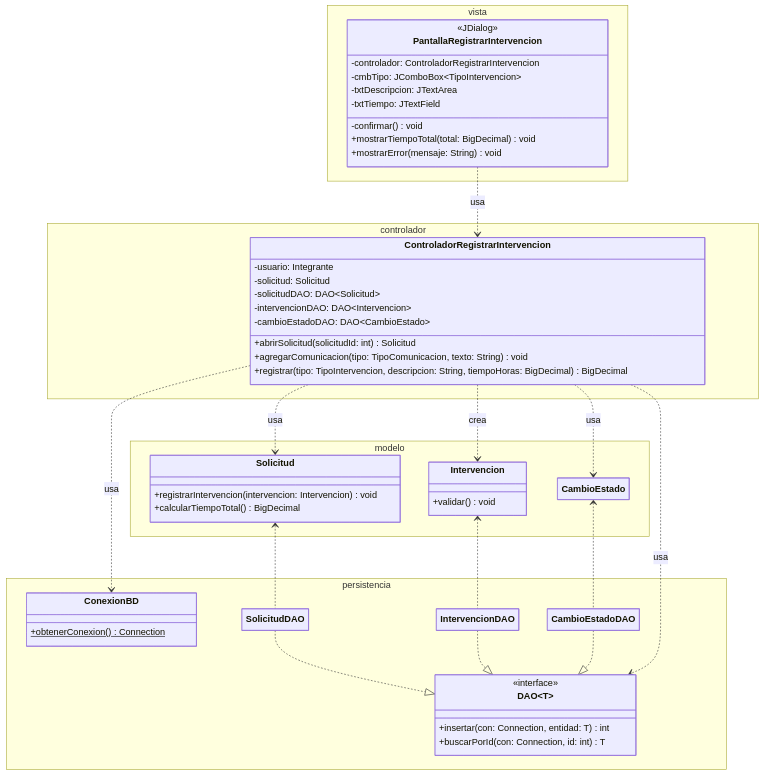
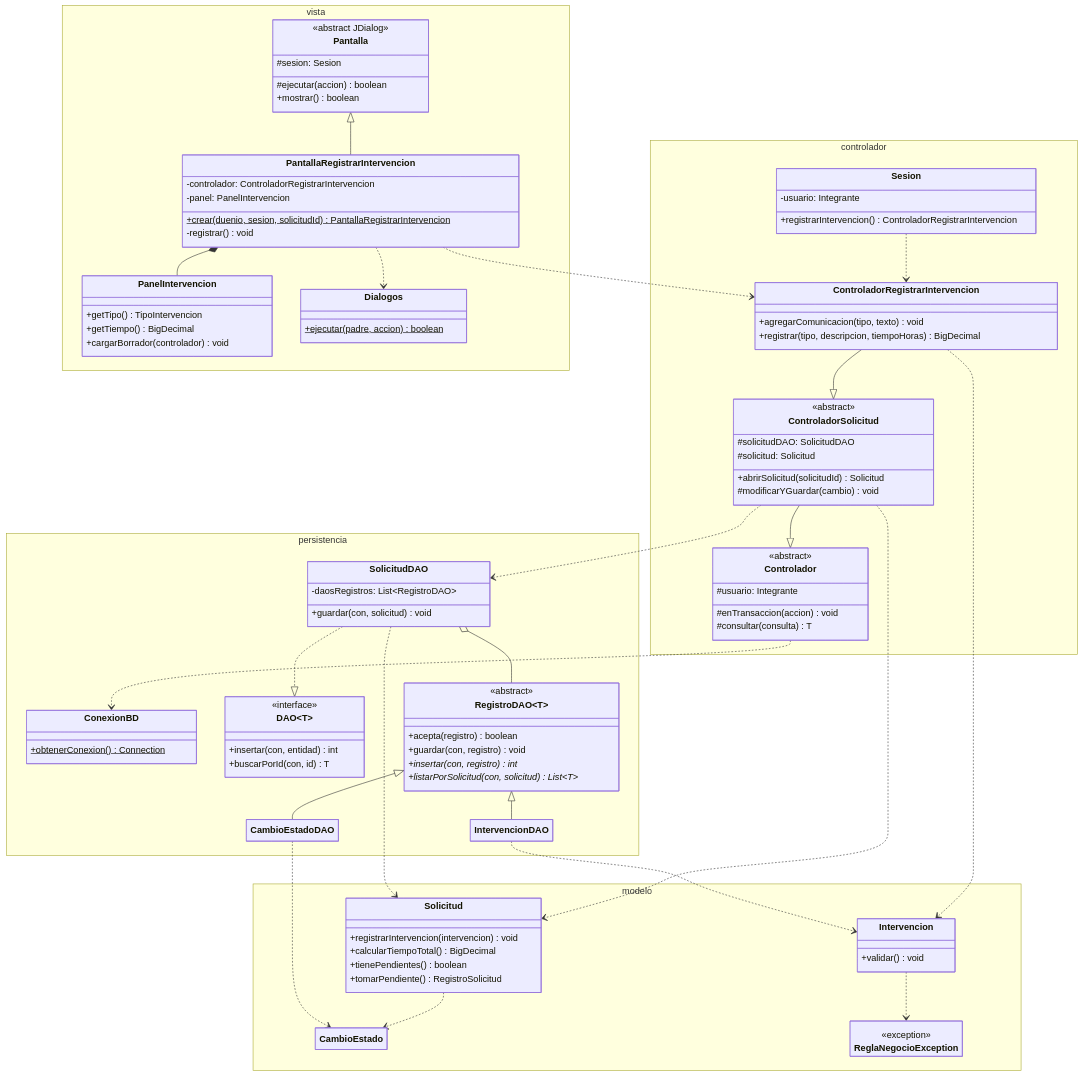
Before and after one commit to jvillegas88/sistema-gestion-soporte: the diagram in diagramas/10-capas-mvc.mmd, drawn with Mermaid. The commit also changed 7 other files, not shown here.

First line of the commit message:
Diagramas de diseño actualizados con el código del TP3

```diff
--- a/diagramas/10-capas-mvc.mmd
+++ b/diagramas/10-capas-mvc.mmd
@@ -1,68 +1,112 @@
 ---
 config:
   class:
     padding: 7
     hideEmptyMembersBox: true
   themeCSS: ".nodeLabel, .nodeLabel p, .label foreignObject div { line-height: 1.15 !important; }"
 ---
 classDiagram
     direction TB
     namespace vista {
+        class Pantalla {
+            <<abstract JDialog>>
+            #sesion: Sesion
+            #ejecutar(accion) boolean
+            +mostrar() boolean
+        }
         class PantallaRegistrarIntervencion {
-            <<JDialog>>
             -controlador: ControladorRegistrarIntervencion
-            -cmbTipo: JComboBox~TipoIntervencion~
-            -txtDescripcion: JTextArea
-            -txtTiempo: JTextField
-            -confirmar() void
-            +mostrarTiempoTotal(total: BigDecimal) void
-            +mostrarError(mensaje: String) void
+            -panel: PanelIntervencion
+            +crear(duenio, sesion, solicitudId)$ PantallaRegistrarIntervencion
+            -registrar() void
+        }
+        class PanelIntervencion {
+            +getTipo() TipoIntervencion
+            +getTiempo() BigDecimal
+            +cargarBorrador(controlador) void
+        }
+        class Dialogos {
+            +ejecutar(padre, accion)$ boolean
         }
     }
     namespace controlador {
+        class Sesion {
+            -usuario: Integrante
+            +registrarIntervencion() ControladorRegistrarIntervencion
+        }
+        class Controlador {
+            <<abstract>>
+            #usuario: Integrante
+            #enTransaccion(accion) void
+            #consultar(consulta) T
+        }
+        class ControladorSolicitud {
+            <<abstract>>
+            #solicitudDAO: SolicitudDAO
+            #solicitud: Solicitud
+            +abrirSolicitud(solicitudId) Solicitud
+            #modificarYGuardar(cambio) void
+        }
         class ControladorRegistrarIntervencion {
-            -usuario: Integrante
-            -solicitud: Solicitud
-            -solicitudDAO: DAO~Solicitud~
-            -intervencionDAO: DAO~Intervencion~
-            -cambioEstadoDAO: DAO~CambioEstado~
-            +abrirSolicitud(solicitudId: int) Solicitud
-            +agregarComunicacion(tipo: TipoComunicacion, texto: String) void
-            +registrar(tipo: TipoIntervencion, descripcion: String, tiempoHoras: BigDecimal) BigDecimal
+            +agregarComunicacion(tipo, texto) void
+            +registrar(tipo, descripcion, tiempoHoras) BigDecimal
         }
     }
     namespace modelo {
         class Solicitud {
-            +registrarIntervencion(intervencion: Intervencion) void
+            +registrarIntervencion(intervencion) void
             +calcularTiempoTotal() BigDecimal
+            +tienePendientes() boolean
+            +tomarPendiente() RegistroSolicitud
         }
         class Intervencion {
             +validar() void
         }
         class CambioEstado
+        class ReglaNegocioException {
+            <<exception>>
+        }
     }
     namespace persistencia {
         class ConexionBD {
             +obtenerConexion()$ Connection
         }
-        class SolicitudDAO
+        class DAO~T~ {
+            <<interface>>
+            +insertar(con, entidad) int
+            +buscarPorId(con, id) T
+        }
+        class SolicitudDAO {
+            -daosRegistros: List~RegistroDAO~
+            +guardar(con, solicitud) void
+        }
+        class RegistroDAO~T~ {
+            <<abstract>>
+            +acepta(registro) boolean
+            +guardar(con, registro) void
+            +insertar(con, registro)* int
+            +listarPorSolicitud(con, solicitud)* List~T~
+        }
         class IntervencionDAO
         class CambioEstadoDAO
-        class DAO~T~ {
-            <<interface>>
-            +insertar(con: Connection, entidad: T) int
-            +buscarPorId(con: Connection, id: int) T
-        }
     }
-    PantallaRegistrarIntervencion ..> ControladorRegistrarIntervencion : usa
-    ControladorRegistrarIntervencion ..> ConexionBD : usa
-    ControladorRegistrarIntervencion ..> Solicitud : usa
-    ControladorRegistrarIntervencion ..> Intervencion : crea
-    ControladorRegistrarIntervencion ..> CambioEstado : usa
-    Solicitud <.. SolicitudDAO
-    Intervencion <.. IntervencionDAO
-    CambioEstado <.. CambioEstadoDAO
+    Pantalla <|-- PantallaRegistrarIntervencion
+    PantallaRegistrarIntervencion *-- PanelIntervencion
+    PantallaRegistrarIntervencion ..> Dialogos
+    PantallaRegistrarIntervencion ..> ControladorRegistrarIntervencion
+    Sesion ..> ControladorRegistrarIntervencion
+    ControladorSolicitud --|> Controlador
+    ControladorRegistrarIntervencion --|> ControladorSolicitud
+    Controlador ..> ConexionBD
+    ControladorSolicitud ..> SolicitudDAO
+    ControladorSolicitud ..> Solicitud
+    ControladorRegistrarIntervencion ..> Intervencion
+    Solicitud ..> CambioEstado
+    Intervencion ..> ReglaNegocioException
     SolicitudDAO ..|> DAO
-    IntervencionDAO ..|> DAO
-    CambioEstadoDAO ..|> DAO
-    ControladorRegistrarIntervencion ..> DAO : usa
+    SolicitudDAO o-- RegistroDAO
+    RegistroDAO <|-- IntervencionDAO
+    RegistroDAO <|-- CambioEstadoDAO
+    SolicitudDAO ..> Solicitud
+    IntervencionDAO ..> Intervencion
+    CambioEstadoDAO ..> CambioEstado
```
